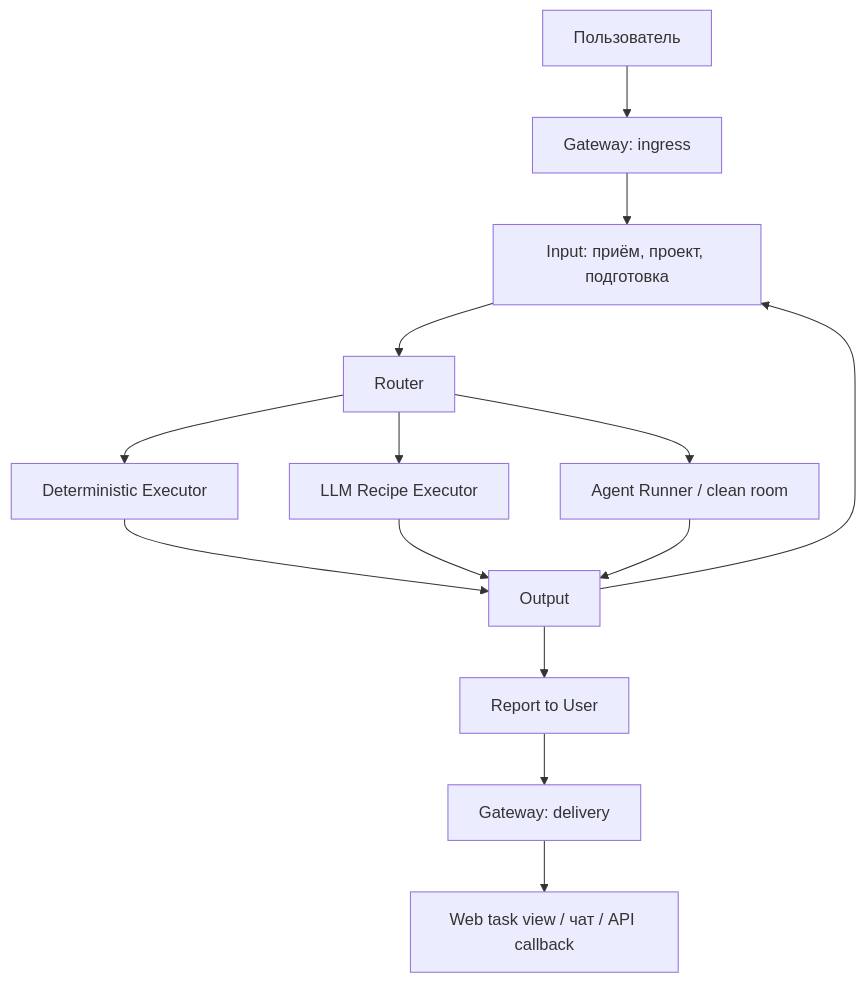
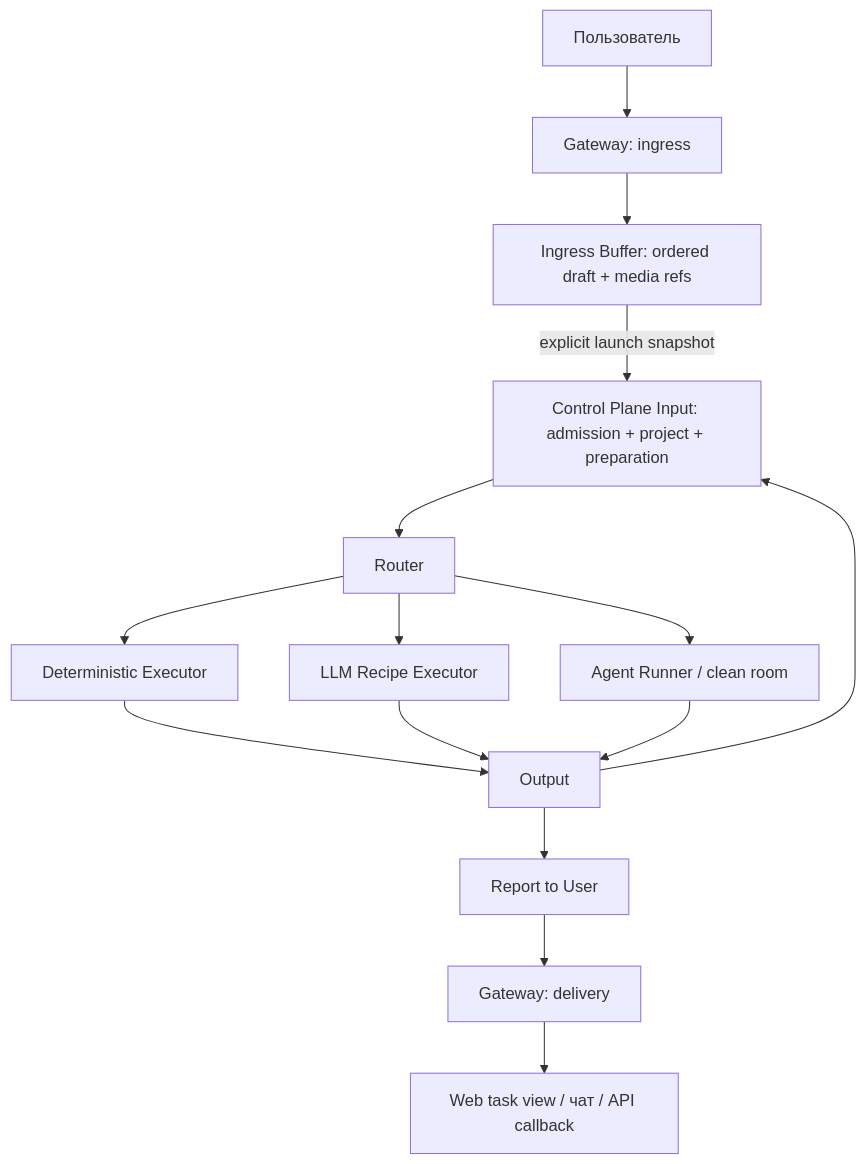
Before and after one commit to trained-assist/trained-agent-architecture: the second of 3 diagrams in ARCHITECTURE.md, drawn with Mermaid. The commit also changed other lines of this file and 1 other file, not shown here.

Commit message:
docs: define passive ingress buffer ownership

````diff
--- a/ARCHITECTURE.md
+++ b/ARCHITECTURE.md
@@ -64,16 +66,17 @@
 ```mermaid
 flowchart TD
   U["Пользователь"] --> GI["Gateway: ingress"]
-  GI --> I["Input: приём, проект, подготовка"]
+  GI --> B["Ingress Buffer: ordered draft + media refs"]
+  B -->|explicit launch snapshot| I["Control Plane Input: admission + project + preparation"]
   I --> R["Router"]
   R --> D["Deterministic Executor"]
   R --> L["LLM Recipe Executor"]
   R --> A["Agent Runner / clean room"]
   D --> O["Output"]
   L --> O
   A --> O
   O --> P["Report to User"]
   P --> GO["Gateway: delivery"]
   GO --> V["Web task view / чат / API callback"]
   O --> I
 ```
````
